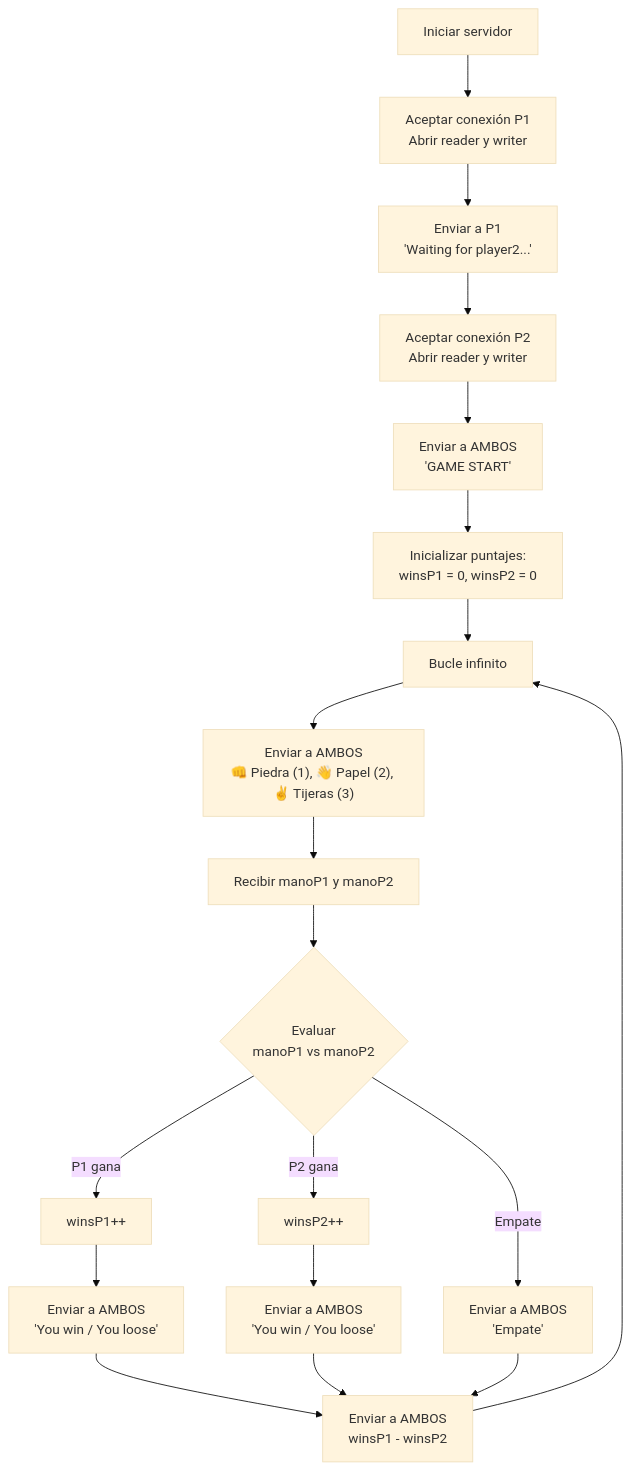
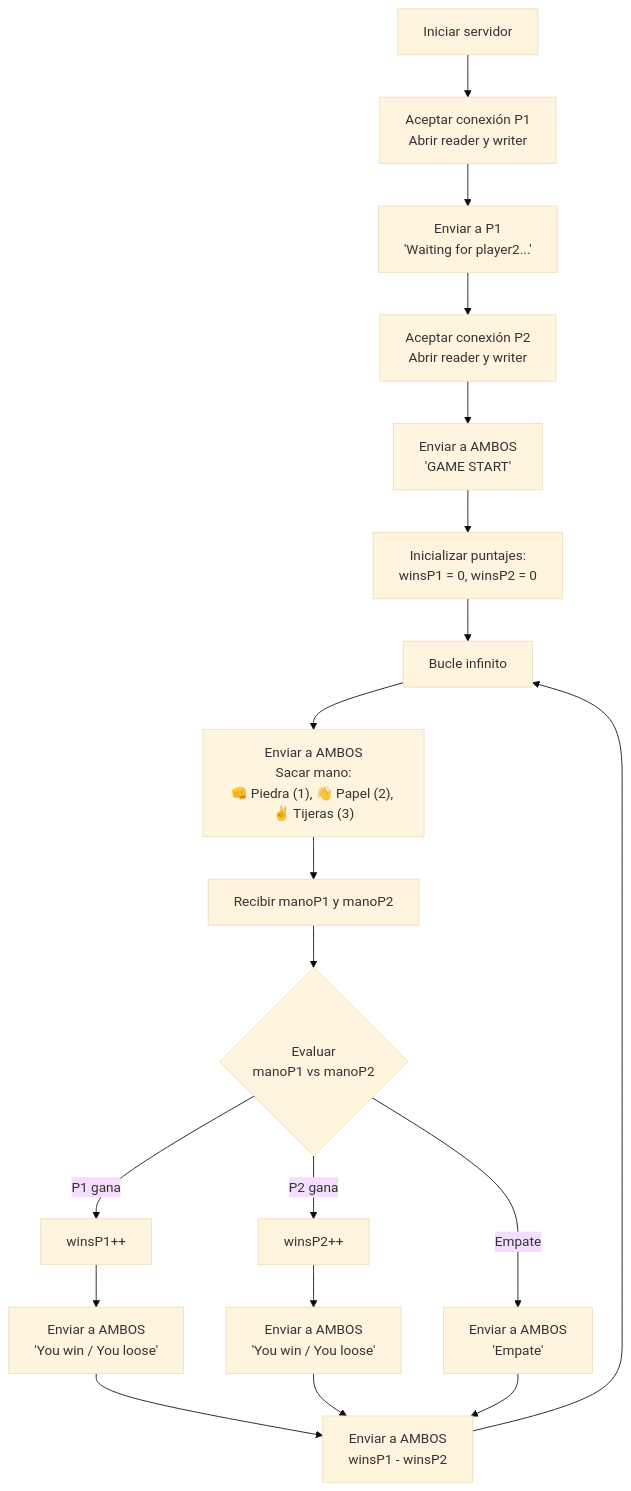
Before and after one commit to gerardfp/srvproc: the fifth of 6 diagrams in a9_serversocket.md, drawn with Mermaid (base theme).

````diff
--- a/a9_serversocket.md
+++ b/a9_serversocket.md
@@ -168,24 +168,24 @@
 ```mermaid
 graph TD
     A[Iniciar servidor] --> B["Aceptar conexión P1<br> Abrir reader y writer"]
     B --> C["Enviar a P1<br>'Waiting for player2...'"]
     C --> D[Aceptar conexión P2<br> Abrir reader y writer]
     D --> E["Enviar a AMBOS<br>'GAME START'"]
 
     E --> F[Inicializar puntajes:<br> winsP1 = 0, winsP2 = 0]
     F --> G[Bucle infinito]
-    G --> H["Enviar a AMBOS<br>👊 Piedra (1), 👋 Papel (2), ✌️ Tijeras (3)"]
+    G --> H["Enviar a AMBOS<br>Sacar mano:<br>👊 Piedra (1), 👋 Papel (2), ✌️ Tijeras (3)"]
     H --> I[Recibir manoP1 y manoP2]
 
     I --> J{Evaluar<br>manoP1 vs manoP2}
     J -->|P1 gana| K[winsP1++<br>]
     K --> L[Enviar a AMBOS<br>'You win / You loose'] 
     J --> |P2 gana| M[winsP2++]
     M --> N[Enviar a AMBOS<br>'You win / You loose'] 
     J -->|Empate| O["Enviar a AMBOS<br>'Empate'"]
 
     L --> P
     N --> P
     O --> P[Enviar a AMBOS<br>winsP1 - winsP2]
     P --> G
 ```
````
